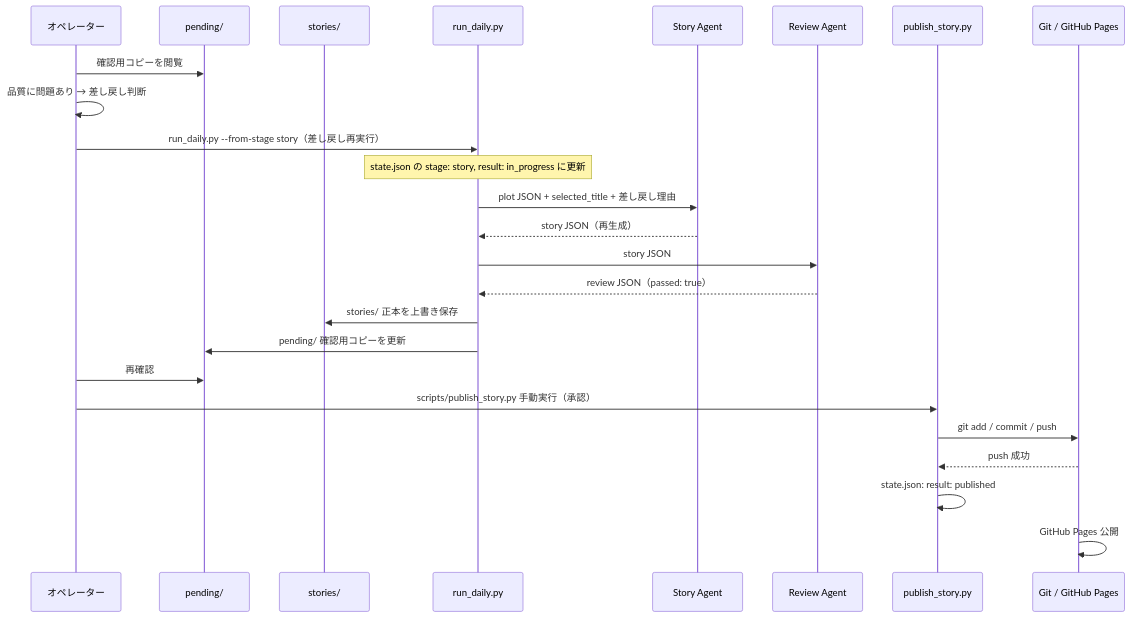
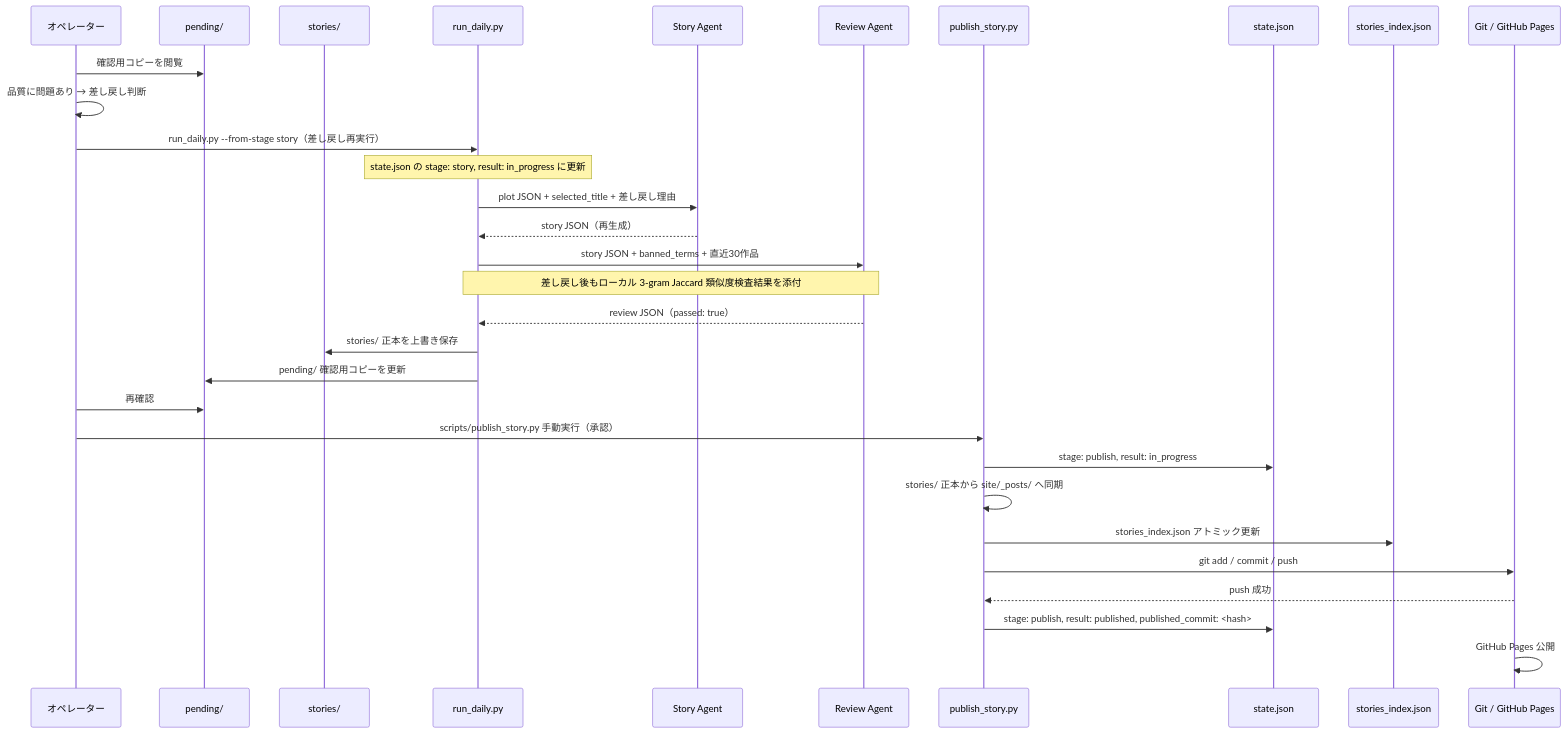
One commit to garyohosu/writer changed the fourth of 6 diagrams in sequence.md. Above: the diagram before and after it, drawn with Mermaid. The commit also changed other lines of this file and 3 other files, not shown here.

First line of the commit message:
Add class.md: クラス図（全体・パイプライン・データモデル）

````diff
--- a/sequence.md
+++ b/sequence.md
@@ -144,32 +153,38 @@
 ```mermaid
 sequenceDiagram
     participant OPE as オペレーター
     participant PENDING as pending/
     participant STORIES as stories/
     participant MAIN as run_daily.py
     participant STORY as Story Agent
     participant REVIEW as Review Agent
     participant PUB as publish_story.py
+    participant STATE as state.json
+    participant IDX as stories_index.json
     participant GIT as Git / GitHub Pages
 
     OPE->>PENDING: 確認用コピーを閲覧
     OPE->>OPE: 品質に問題あり → 差し戻し判断
 
     OPE->>MAIN: run_daily.py --from-stage story（差し戻し再実行）
     Note over MAIN: state.json の stage: story, result: in_progress に更新
 
     MAIN->>STORY: plot JSON + selected_title + 差し戻し理由
     STORY-->>MAIN: story JSON（再生成）
-    MAIN->>REVIEW: story JSON
+    MAIN->>REVIEW: story JSON + banned_terms + 直近30作品
+    Note over MAIN,REVIEW: 差し戻し後もローカル 3-gram Jaccard 類似度検査結果を添付
     REVIEW-->>MAIN: review JSON（passed: true）
 
     MAIN->>STORIES: stories/ 正本を上書き保存
     MAIN->>PENDING: pending/ 確認用コピーを更新
 
     OPE->>PENDING: 再確認
     OPE->>PUB: scripts/publish_story.py 手動実行（承認）
+    PUB->>STATE: stage: publish, result: in_progress
+    PUB->>PUB: stories/ 正本から site/_posts/ へ同期
+    PUB->>IDX: stories_index.json アトミック更新
     PUB->>GIT: git add / commit / push
     GIT-->>PUB: push 成功
-    PUB->>PUB: state.json: result: published
+    PUB->>STATE: stage: publish, result: published, published_commit: <hash>
     GIT->>GIT: GitHub Pages 公開
 ```
````
